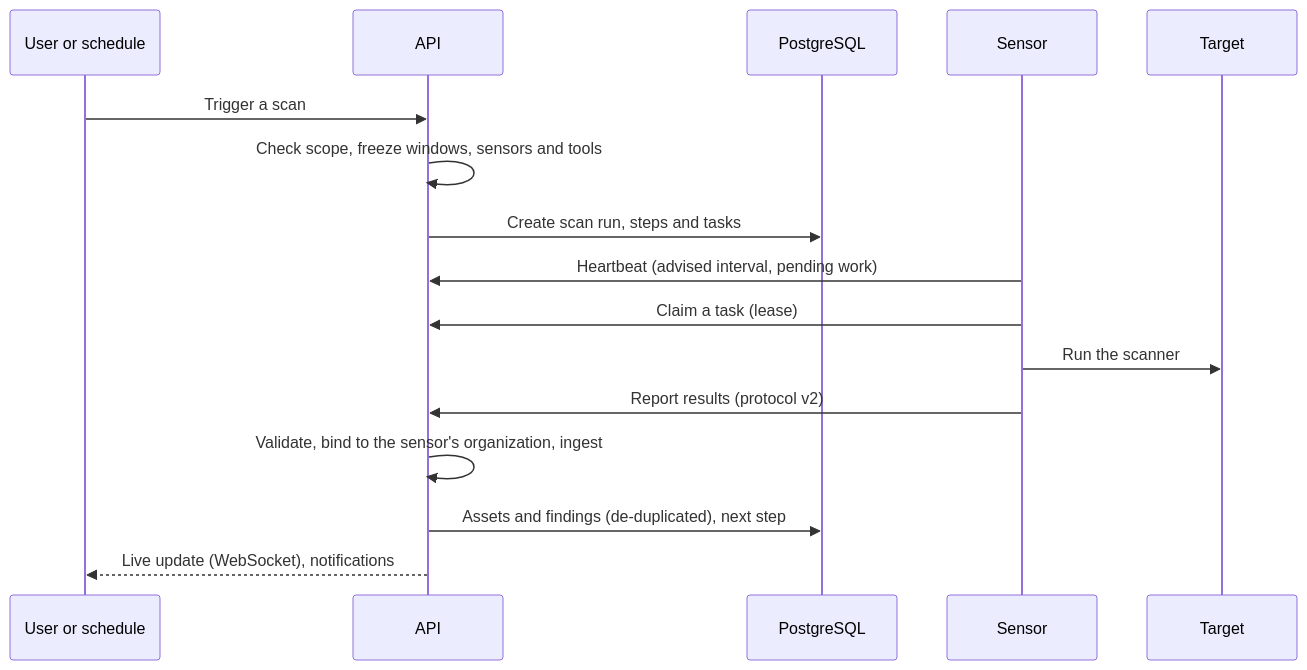
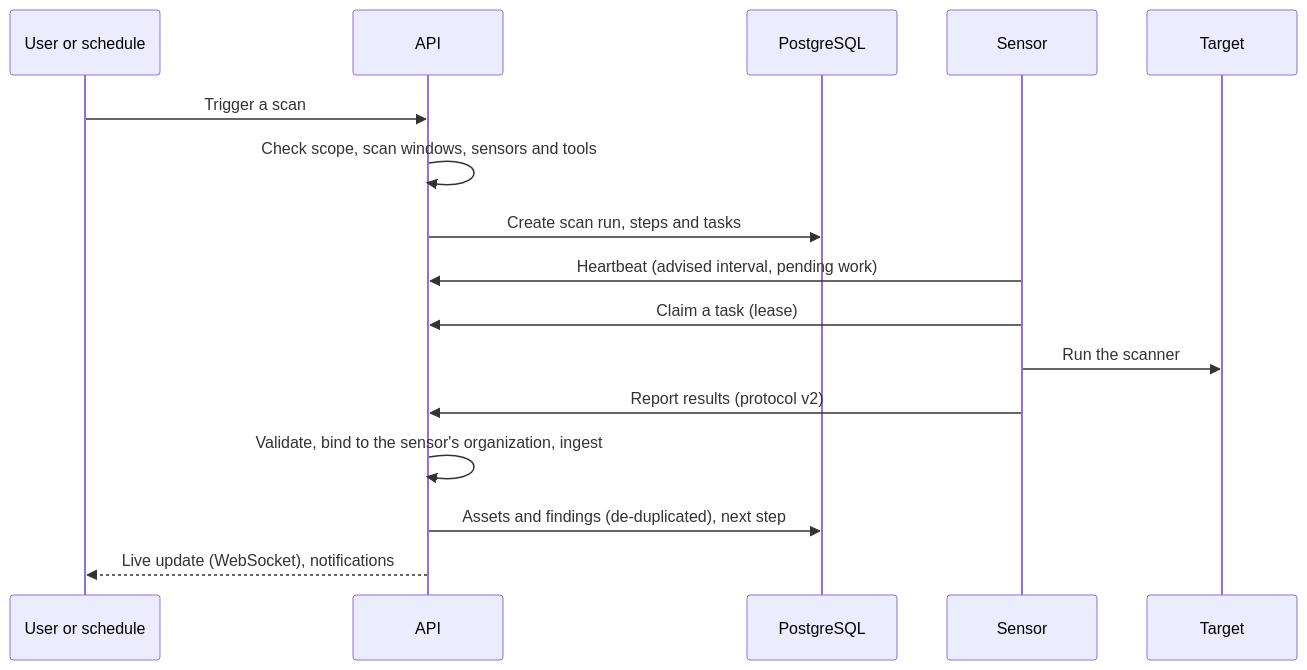
One commit to openctemio/docs changed the second of 4 diagrams in overview/architecture.md. Above: the diagram before and after it, drawn with Mermaid. The commit also changed other lines of this file and 9 other files, not shown here.

````diff
--- a/overview/architecture.md
+++ b/overview/architecture.md
@@ -94,18 +94,18 @@
 ```mermaid
 sequenceDiagram
     participant U as User or schedule
     participant API as API
     participant DB as PostgreSQL
     participant S as Sensor
     participant T as Target
     U->>API: Trigger a scan
-    API->>API: Check scope, freeze windows, sensors and tools
+    API->>API: Check scope, scan windows, sensors and tools
     API->>DB: Create scan run, steps and tasks
     S->>API: Heartbeat (advised interval, pending work)
     S->>API: Claim a task (lease)
     S->>T: Run the scanner
     S->>API: Report results (protocol v2)
     API->>API: Validate, bind to the sensor's organization, ingest
     API->>DB: Assets and findings (de-duplicated), next step
     API-->>U: Live update (WebSocket), notifications
 ```
````
